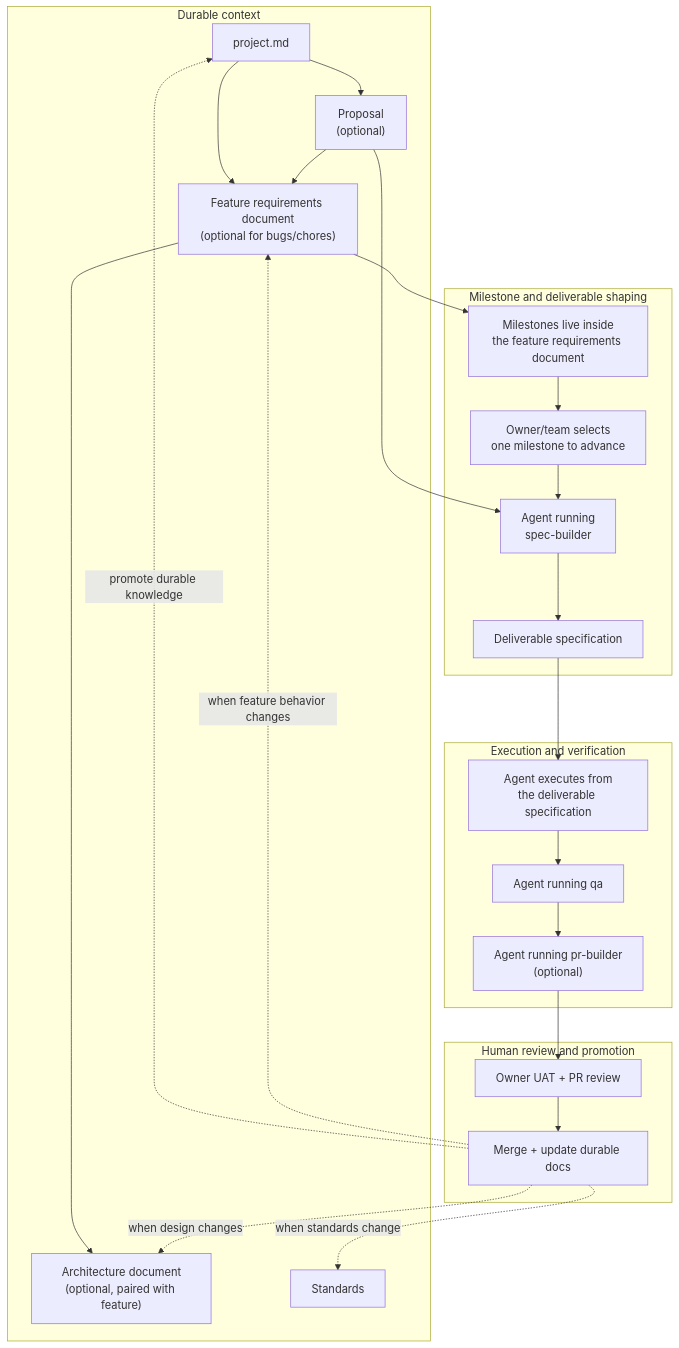
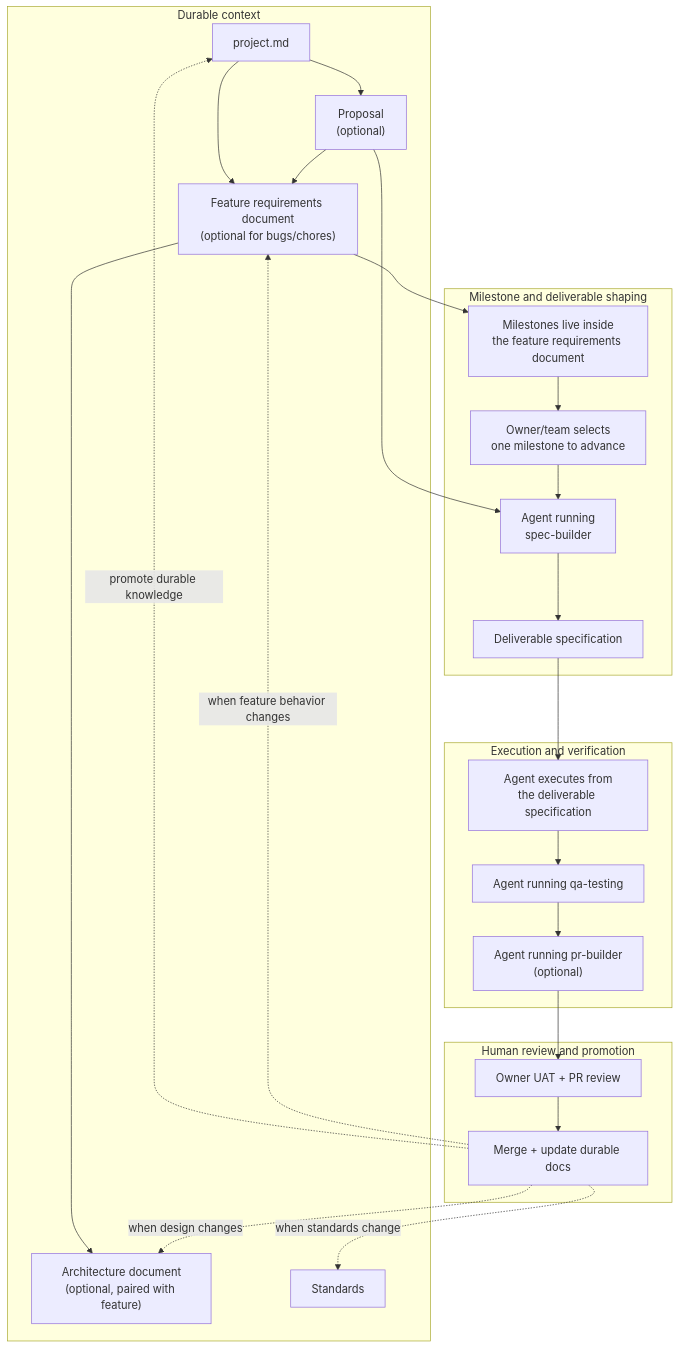
Before and after one commit to zazzcode/zazz-skills: the third of 3 diagrams in zazz-methodology.md, drawn with Mermaid. The commit also changed other lines of this file and 78 other files, not shown here.

````diff
--- a/zazz-methodology.md
+++ b/zazz-methodology.md
@@ -1160,47 +1160,47 @@
 ```mermaid
 flowchart TB
     subgraph Context["Durable context"]
         PJ["project.md"]
         P["Proposal<br/>(optional)"]
         F["Feature requirements document<br/>(optional for bugs/chores)"]
         A["Architecture document<br/>(optional, paired with feature)"]
         ST["Standards"]
     end
 
     subgraph Planning["Milestone and deliverable shaping"]
         M["Milestones live inside<br/>the feature requirements document"]
         SM["Owner/team selects<br/>one milestone to advance"]
         SB["Agent running<br/>spec-builder"]
         DS["Deliverable specification"]
     end
 
     subgraph Execution["Execution and verification"]
         W["Agent executes from<br/>the deliverable specification"]
-        QA["Agent running qa"]
+        QA["Agent running qa-testing"]
         PR["Agent running pr-builder<br/>(optional)"]
     end
 
     subgraph Review["Human review and promotion"]
         G["Owner UAT + PR review"]
         U["Merge + update durable docs"]
     end
 
     PJ --> P
     PJ --> F
     P --> F
     F --> A
     F --> M
     M --> SM
     SM --> SB
     P --> SB
     SB --> DS
     DS --> W
     W --> QA
     QA --> PR
     PR --> G
     G --> U
     U -. "promote durable knowledge" .-> PJ
     U -. "when feature behavior changes" .-> F
     U -. "when design changes" .-> A
     U -. "when standards change" .-> ST
 ```
````
